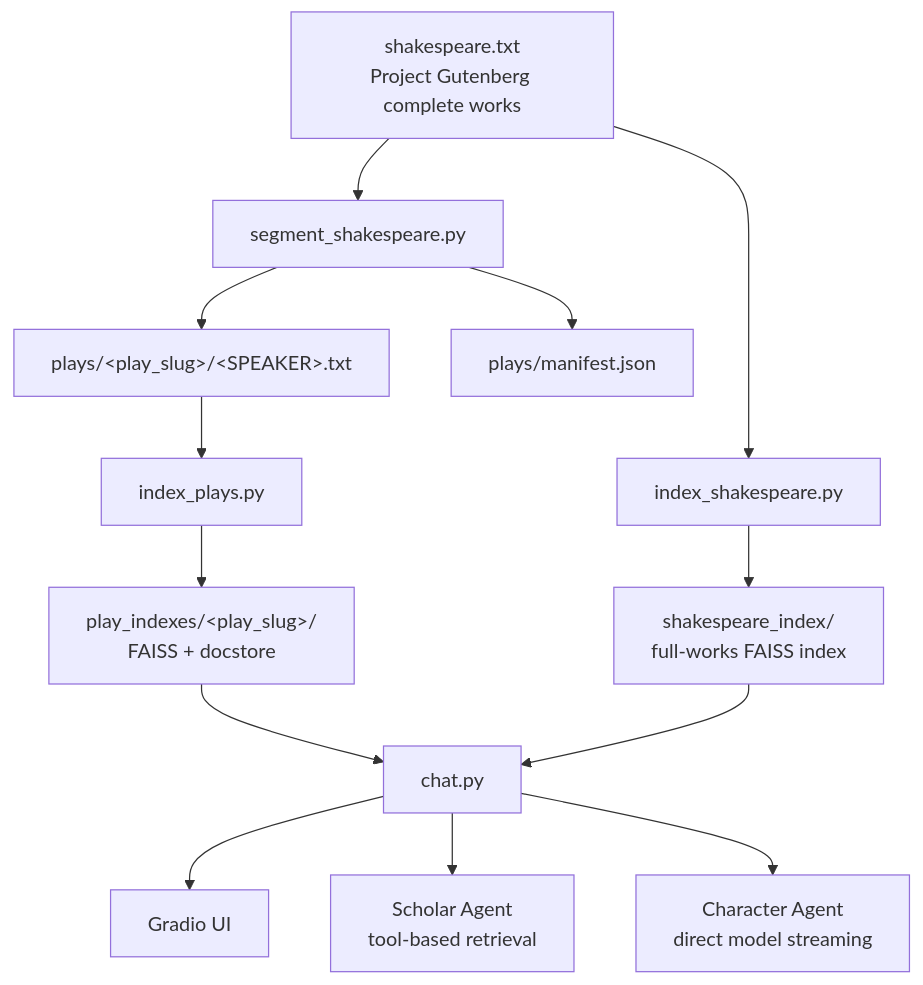
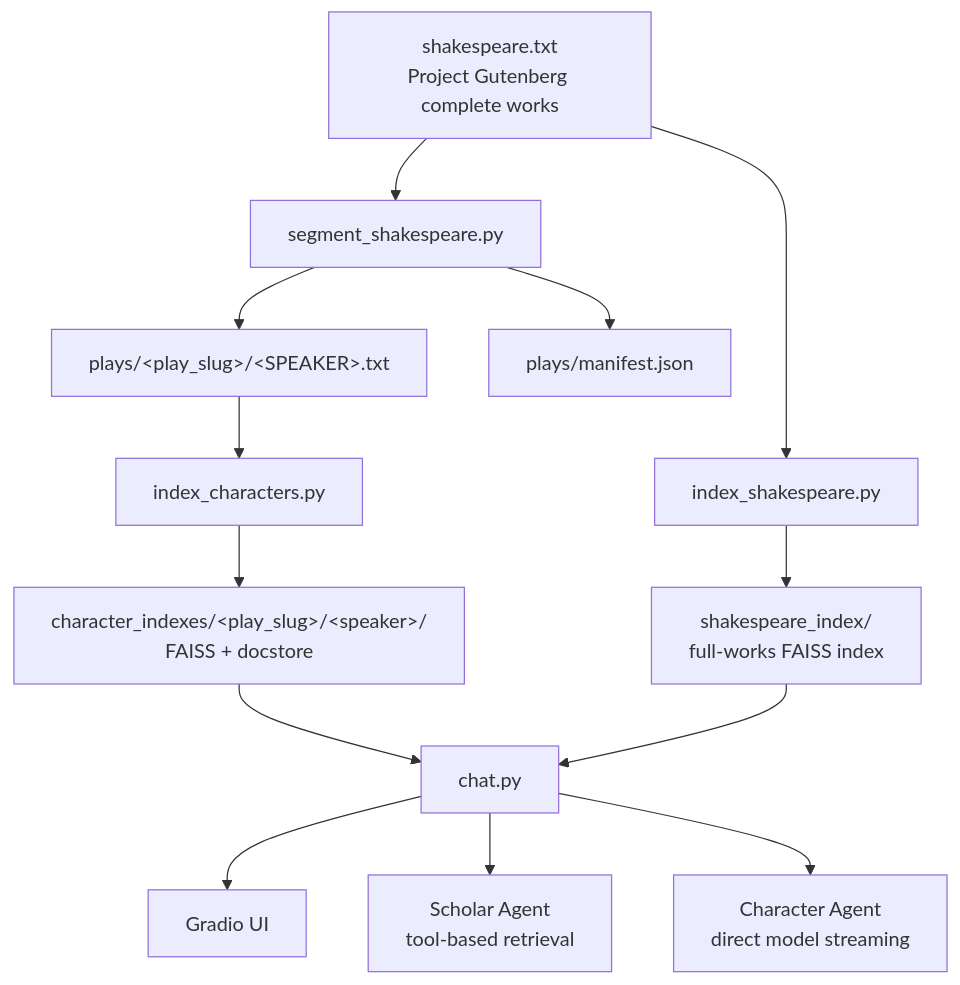
One commit to odellus/shakespeare-agent changed the diagram in README.md. Above: the diagram before and after it, drawn with Mermaid. The commit also changed other lines of this file, not shown here.

````diff
--- a/README.md
+++ b/README.md
@@ -13,15 +13,15 @@
 ```mermaid
 flowchart TD
     A[shakespeare.txt<br/>Project Gutenberg complete works] --> B[segment_shakespeare.py]
     B --> C[plays/&lt;play_slug&gt;/&lt;SPEAKER&gt;.txt]
     B --> D[plays/manifest.json]
-    C --> E[index_plays.py]
-    E --> F[play_indexes/&lt;play_slug&gt;/<br/>FAISS + docstore]
+    C --> E[index_characters.py]
+    E --> F[character_indexes/&lt;play_slug&gt;/&lt;speaker&gt;/<br/>FAISS + docstore]
     A --> G[index_shakespeare.py]
     G --> H[shakespeare_index/<br/>full-works FAISS index]
     F --> I[chat.py]
     H --> I
     I --> J[Gradio UI]
     I --> K[Scholar Agent<br/>tool-based retrieval]
     I --> L[Character Agent<br/>direct model streaming]
 ```
````
